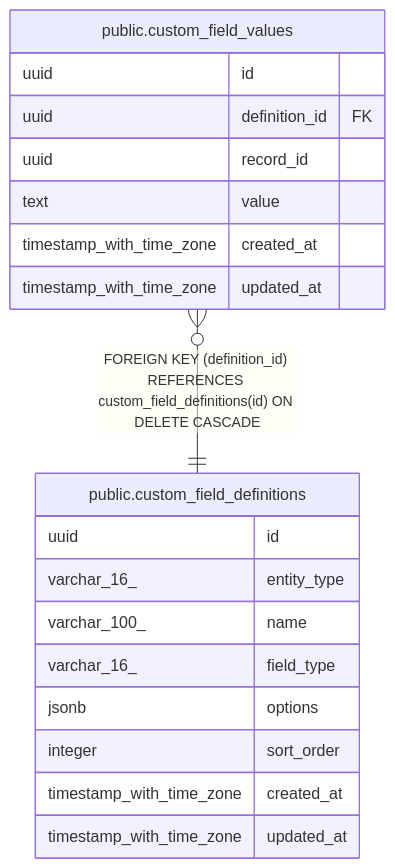
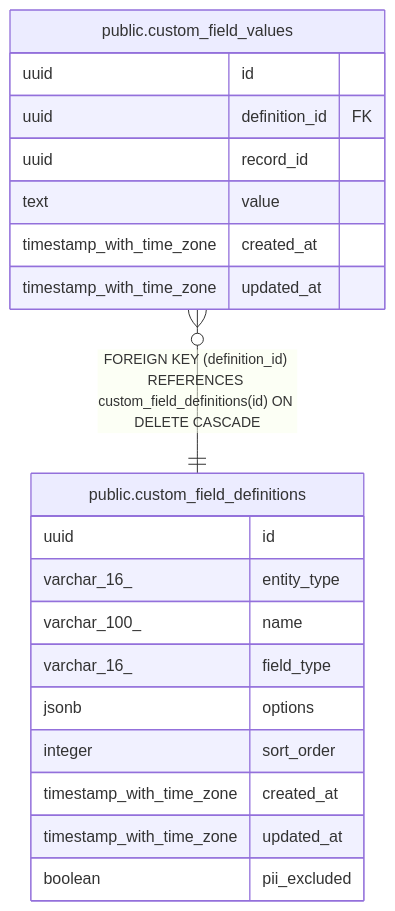
The diagram in docs/schema/public.custom_field_values.md (rkseattle/minicrm), drawn with Mermaid before and after one commit. The commit also changed 20 other files, not shown here.

First line of the commit message:
Add DB schema for AI cost rate config, per-feature/day usage tracking, and field exclusions (MINCRM-459, MINCRM-461)

````diff
--- a/docs/schema/public.custom_field_values.md
+++ b/docs/schema/public.custom_field_values.md
@@ -42,24 +42,25 @@
 ```mermaid
 erDiagram
 
 "public.custom_field_values" }o--|| "public.custom_field_definitions" : "FOREIGN KEY (definition_id) REFERENCES custom_field_definitions(id) ON DELETE CASCADE"
 
 "public.custom_field_values" {
   uuid id ""
   uuid definition_id FK ""
   uuid record_id ""
   text value ""
   timestamp_with_time_zone created_at ""
   timestamp_with_time_zone updated_at ""
 }
 "public.custom_field_definitions" {
   uuid id ""
   varchar_16_ entity_type ""
   varchar_100_ name ""
   varchar_16_ field_type ""
   jsonb options ""
   integer sort_order ""
   timestamp_with_time_zone created_at ""
   timestamp_with_time_zone updated_at ""
+  boolean pii_excluded ""
 }
 ```
````
